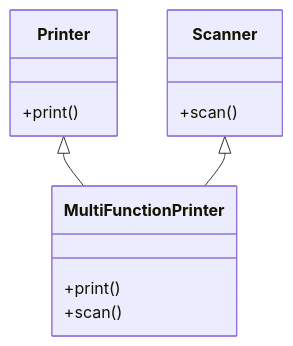
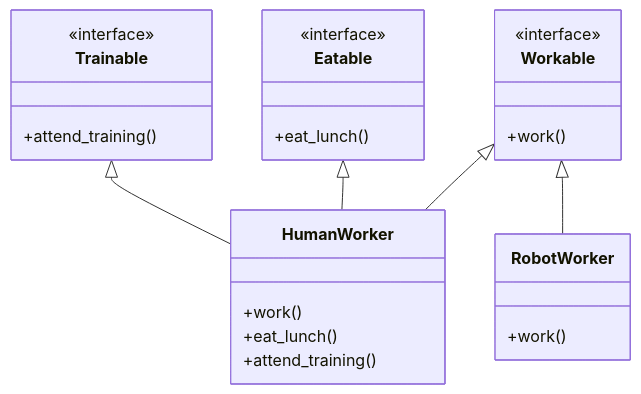
One commit to labasef/python-oop changed the fifth of 6 diagrams in sections/02_SOLID_principles.md. Above: the diagram before and after it, drawn with Mermaid. The commit also changed other lines of this file and 3 other files, not shown here.

````diff
--- a/sections/02_SOLID_principles.md
+++ b/sections/02_SOLID_principles.md
@@ -116,15 +188,30 @@
 ```mermaid
 classDiagram
-    class Printer {
-        +print()
+    class Workable {
+        <<interface>>
+        +work()
     }
-    class Scanner {
-        +scan()
+    class Eatable {
+        <<interface>>
+        +eat_lunch()
     }
-    Printer <|-- MultiFunctionPrinter
-    Scanner <|-- MultiFunctionPrinter
-    class MultiFunctionPrinter {
-        +print()
-        +scan()
+    class Trainable {
+        <<interface>>
+        +attend_training()
+    }
+
+    Workable <|-- HumanWorker
+    Eatable  <|-- HumanWorker
+    Trainable <|-- HumanWorker
+
+    Workable <|-- RobotWorker
+
+    class HumanWorker {
+        +work()
+        +eat_lunch()
+        +attend_training()
+    }
+    class RobotWorker {
+        +work()
     }
 ```
````
